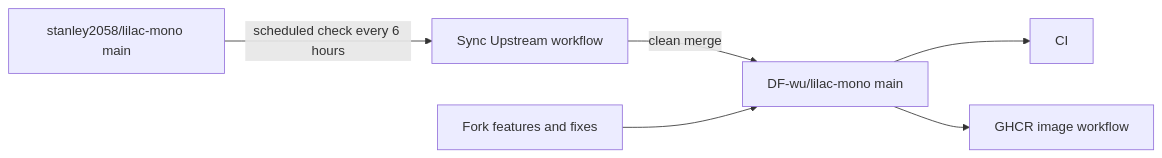
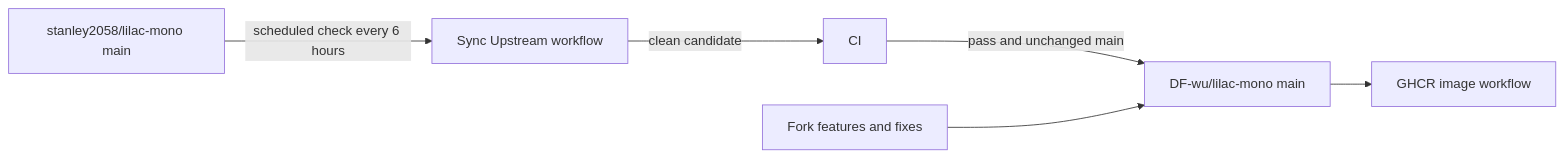
Before and after one commit to DF-wu/lilac-mono: the second of 2 diagrams in README.md, drawn with Mermaid. The commit also changed other lines of this file and 49 other files, not shown here.

````diff
--- a/README.md
+++ b/README.md
@@ -85,8 +85,8 @@
 ```mermaid
 flowchart LR
     Upstream[stanley2058/lilac-mono main] -->|scheduled check every 6 hours| Sync[Sync Upstream workflow]
-    Sync -->|clean merge| Fork[DF-wu/lilac-mono main]
+    Sync -->|clean candidate| CI[CI]
+    CI -->|pass and unchanged main| Fork[DF-wu/lilac-mono main]
     Features[Fork features and fixes] --> Fork
-    Fork --> CI[CI]
     Fork --> Images[GHCR image workflow]
 ```
````
